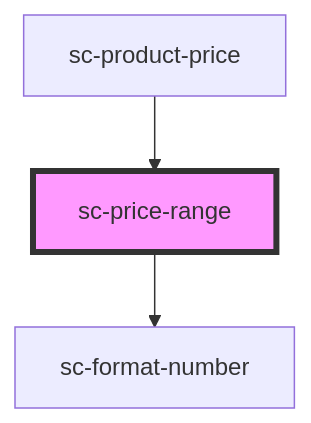
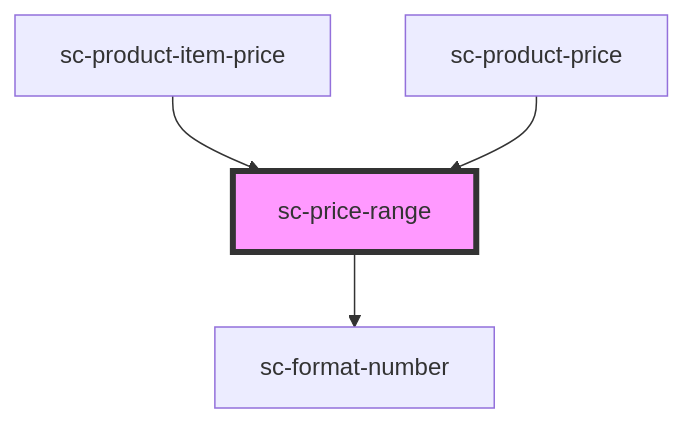
Before and after one commit to surecart/surecart-wp-plugin: the diagram in packages/components/src/components/ui/sc-price-range/readme.md, drawn with Mermaid. The commit also changed other lines of this file and 6 other files, not shown here.

````diff
--- a/packages/components/src/components/ui/sc-price-range/readme.md
+++ b/packages/components/src/components/ui/sc-price-range/readme.md
@@ -26,6 +27,7 @@
 ```mermaid
 graph TD;
   sc-price-range --> sc-format-number
+  sc-product-item-price --> sc-price-range
   sc-product-price --> sc-price-range
   style sc-price-range fill:#f9f,stroke:#333,stroke-width:4px
 ```
````
